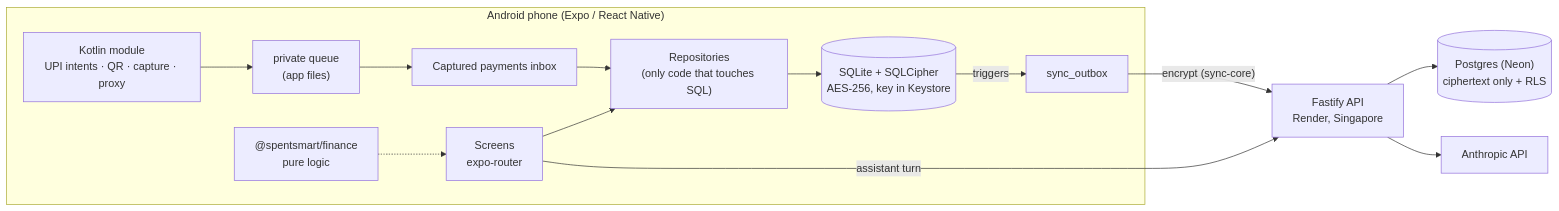
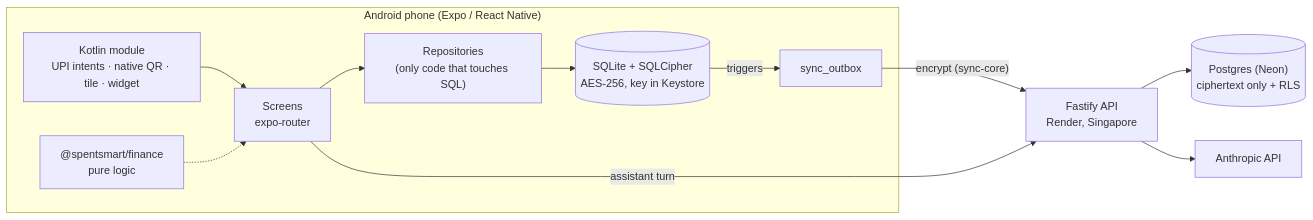
The diagram in README.md (Ujjwaljain16/SpentSmart), drawn with Mermaid before and after one commit. The commit also changed other lines of this file and 9 other files, not shown here.

````diff
--- a/README.md
+++ b/README.md
@@ -28,14 +27,13 @@
 ```mermaid
 flowchart LR
   subgraph Phone["Android phone (Expo / React Native)"]
     UI["Screens<br/>expo-router"] --> Repos["Repositories<br/>(only code that touches SQL)"]
     Repos --> DB[("SQLite + SQLCipher<br/>AES-256, key in Keystore")]
     DB -- triggers --> Outbox["sync_outbox"]
-    Native["Kotlin module<br/>UPI intents · QR · capture · proxy"] --> Queue["private queue<br/>(app files)"]
-    Queue --> Inbox["Captured payments inbox"] --> Repos
+    Native["Kotlin module<br/>UPI intents · native QR · tile · widget"] --> UI
     Fin["@spentsmart/finance<br/>pure logic"] -.-> UI
   end
   Outbox -- "encrypt (sync-core)" --> API["Fastify API<br/>Render, Singapore"]
   API --> PG[("Postgres (Neon)<br/>ciphertext only + RLS")]
   UI -- "assistant turn" --> API --> Claude["Anthropic API"]
 ```
````
